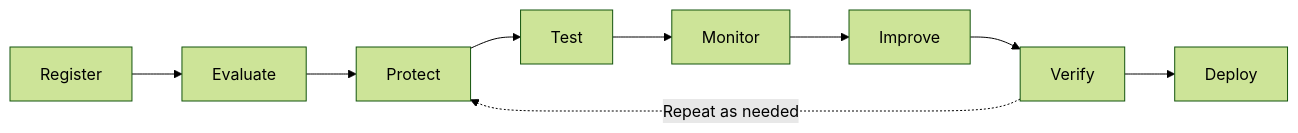
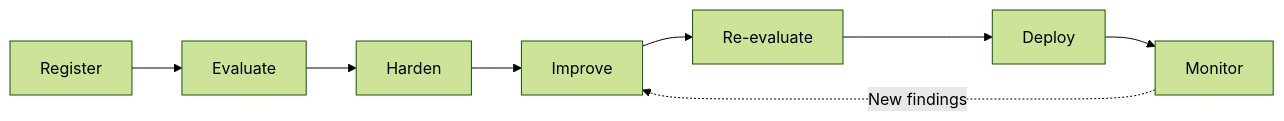
The diagram in developer-guide/getting-started/agent-lifecycle-workflow.mdx (vijilAI/docs), drawn with Mermaid (forest theme) before and after one commit. The commit also changed other lines of this file, not shown here.

````diff
--- a/developer-guide/getting-started/agent-lifecycle-workflow.mdx
+++ b/developer-guide/getting-started/agent-lifecycle-workflow.mdx
@@ -14,11 +14,10 @@
 ```mermaid actions={false}
 flowchart LR
     Register[Register] --> Evaluate[Evaluate]
-    Evaluate --> Protect[Protect]
-    Protect --> Test[Test]
-    Test --> Monitor[Monitor]
-    Monitor --> Improve[Improve]
-    Improve --> Verify[Verify]
-    Verify --> Deploy[Deploy]
-    Verify -. Repeat as needed .-> Protect
+    Evaluate --> Harden[Harden]
+    Harden --> Improve[Improve]
+    Improve --> Reevaluate["Re-evaluate"]
+    Reevaluate --> Deploy[Deploy]
+    Deploy --> Monitor[Monitor]
+    Monitor -. New findings .-> Improve
 ```
````
